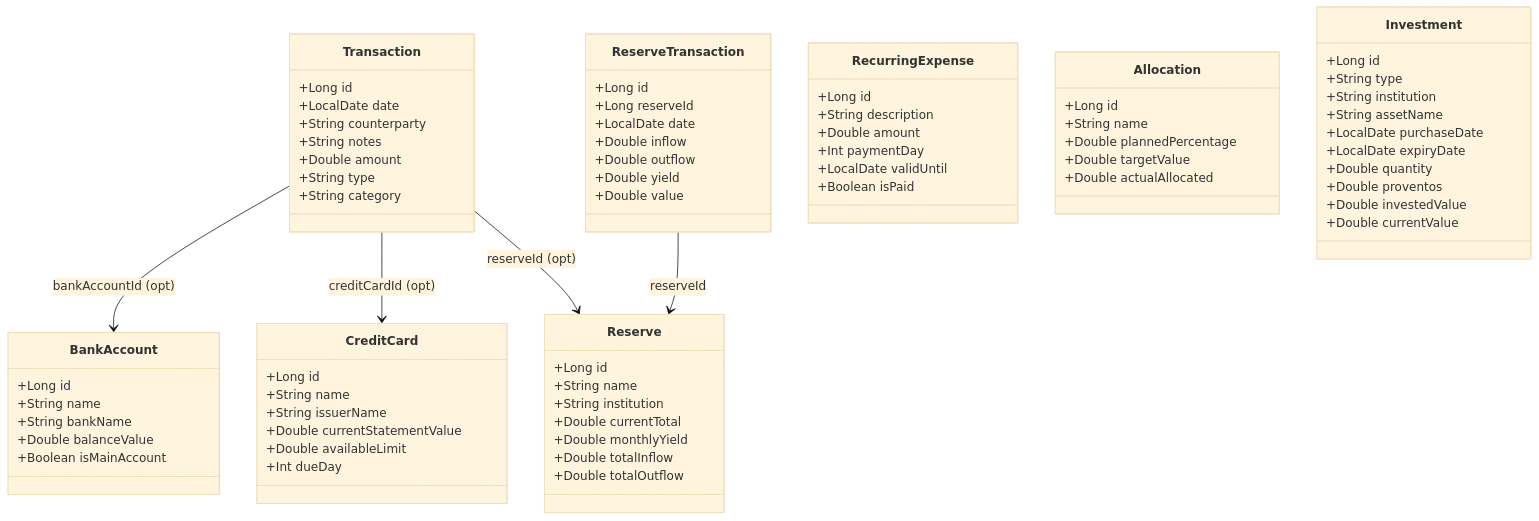
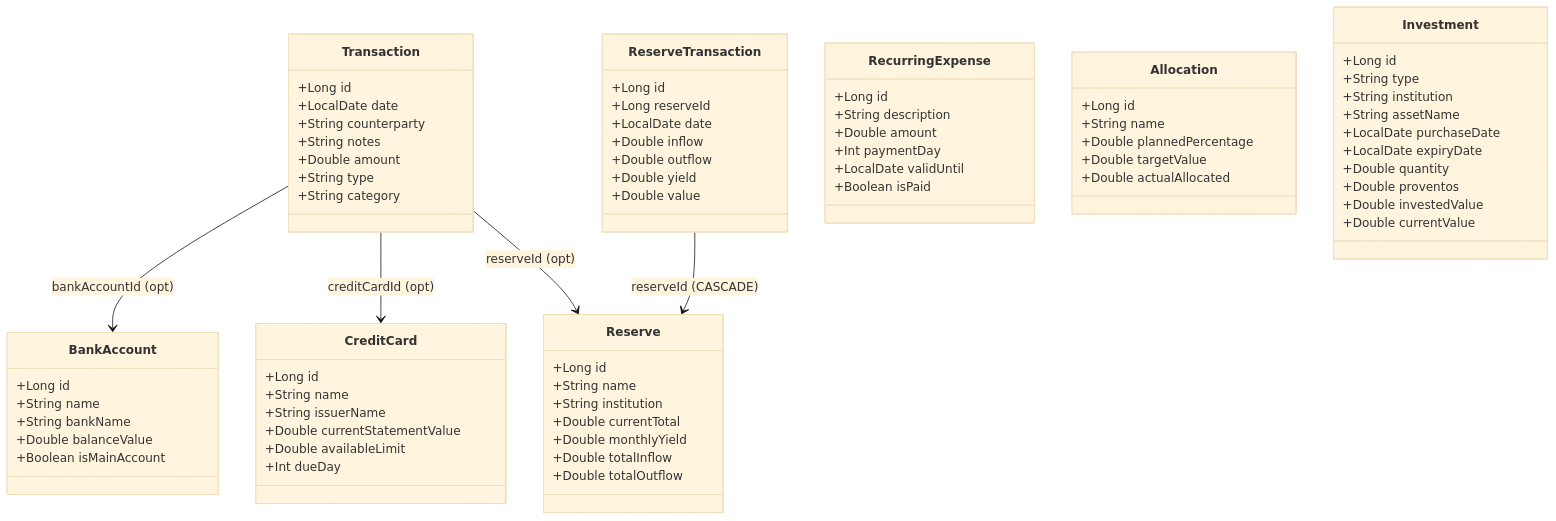
One commit to rbrthmn/comfin changed the diagram in README.md. Above: the diagram before and after it, drawn with Mermaid (base theme). The commit also changed other lines of this file and 1 other file, not shown here.

First line of the commit message:
docs: rewrite README, update dependency diagram to current module structure

````diff
--- a/README.md
+++ b/README.md
@@ -75,77 +61,77 @@
 ```mermaid
 classDiagram
     Transaction --> BankAccount : bankAccountId (opt)
     Transaction --> CreditCard : creditCardId (opt)
     Transaction --> Reserve : reserveId (opt)
-    ReserveTransaction --> Reserve : reserveId
+    ReserveTransaction --> Reserve : reserveId (CASCADE)
 
     class Transaction {
         +Long id
         +LocalDate date
         +String counterparty
         +String notes
         +Double amount
         +String type
         +String category
     }
     class BankAccount {
         +Long id
         +String name
         +String bankName
         +Double balanceValue
         +Boolean isMainAccount
     }
     class CreditCard {
         +Long id
         +String name
         +String issuerName
         +Double currentStatementValue
         +Double availableLimit
         +Int dueDay
     }
     class Reserve {
         +Long id
         +String name
         +String institution
         +Double currentTotal
         +Double monthlyYield
         +Double totalInflow
         +Double totalOutflow
     }
     class ReserveTransaction {
         +Long id
         +Long reserveId
         +LocalDate date
         +Double inflow
         +Double outflow
         +Double yield
         +Double value
     }
     class RecurringExpense {
         +Long id
         +String description
         +Double amount
         +Int paymentDay
         +LocalDate validUntil
         +Boolean isPaid
     }
     class Allocation {
         +Long id
         +String name
         +Double plannedPercentage
         +Double targetValue
         +Double actualAllocated
     }
     class Investment {
         +Long id
         +String type
         +String institution
         +String assetName
         +LocalDate purchaseDate
         +LocalDate expiryDate
         +Double quantity
         +Double proventos
         +Double investedValue
         +Double currentValue
     }
 ```
````
